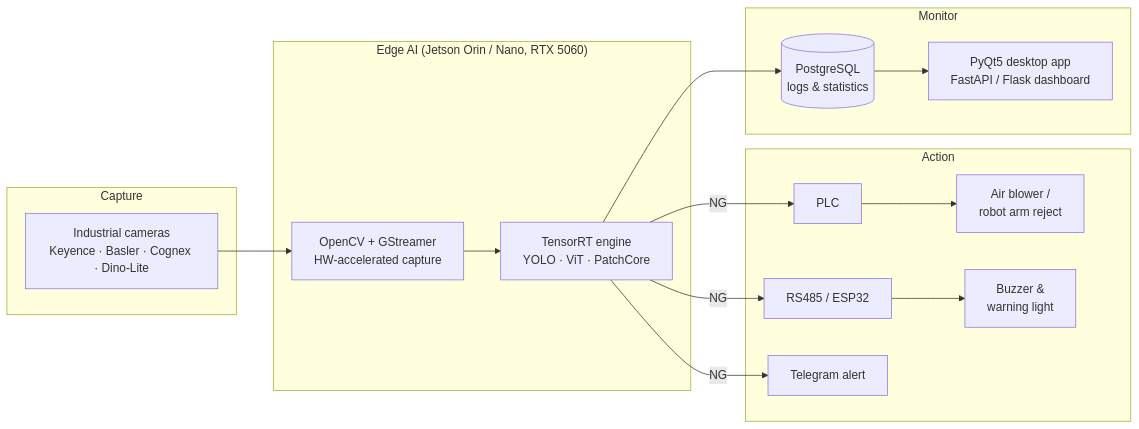
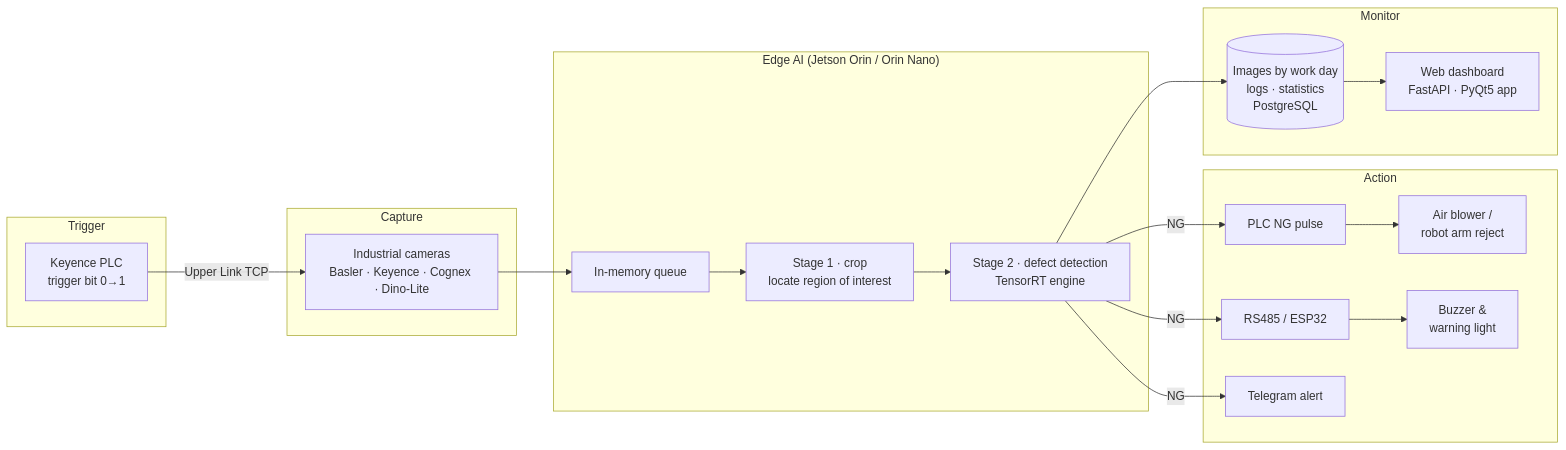
One commit to LinhNhat07/Industrial-AI-Visual-Inspection-System changed the diagram in README.md. Above: the diagram before and after it, drawn with Mermaid. The commit also changed other lines of this file and 1 other file, not shown here.

````diff
--- a/README.md
+++ b/README.md
@@ -52,24 +46,28 @@
 ```mermaid
 flowchart LR
+    subgraph Trigger
+        PLCIN[Keyence PLC<br/>trigger bit 0→1]
+    end
     subgraph Capture
-        CAM[Industrial cameras<br/>Keyence · Basler · Cognex · Dino-Lite]
+        CAM[Industrial cameras<br/>Basler · Keyence · Cognex · Dino-Lite]
     end
-    subgraph Edge["Edge AI (Jetson Orin / Nano, RTX 5060)"]
-        GS[OpenCV + GStreamer<br/>HW-accelerated capture]
-        INF[TensorRT engine<br/>YOLO · ViT · PatchCore]
+    subgraph Edge["Edge AI (Jetson Orin / Orin Nano)"]
+        Q[In-memory queue]
+        S1[Stage 1 · crop<br/>locate region of interest]
+        S2[Stage 2 · defect detection<br/>TensorRT engine]
     end
     subgraph Action
-        PLC[PLC] --> REJ[Air blower /<br/>robot arm reject]
+        PLCOUT[PLC NG pulse] --> REJ[Air blower /<br/>robot arm reject]
         IO[RS485 / ESP32] --> ALARM[Buzzer &<br/>warning light]
         TG[Telegram alert]
     end
     subgraph Monitor
-        DB[(PostgreSQL<br/>logs & statistics)]
-        UI[PyQt5 desktop app<br/>FastAPI / Flask dashboard]
+        STORE[(Images by work day<br/>logs · statistics<br/>PostgreSQL)]
+        UI[Web dashboard<br/>FastAPI · PyQt5 app]
     end
-    CAM --> GS --> INF
-    INF -- NG --> PLC
-    INF -- NG --> IO
-    INF -- NG --> TG
-    INF --> DB --> UI
+    PLCIN -->|Upper Link TCP| CAM --> Q --> S1 --> S2
+    S2 -- NG --> PLCOUT
+    S2 -- NG --> IO
+    S2 -- NG --> TG
+    S2 --> STORE --> UI
 ```
````
